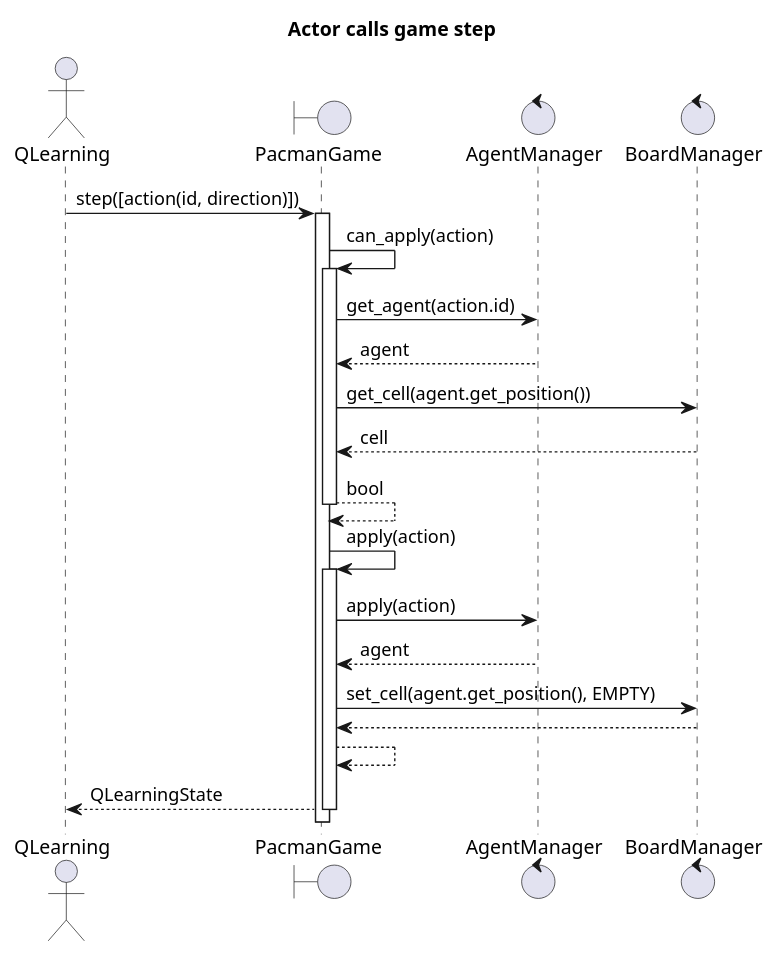
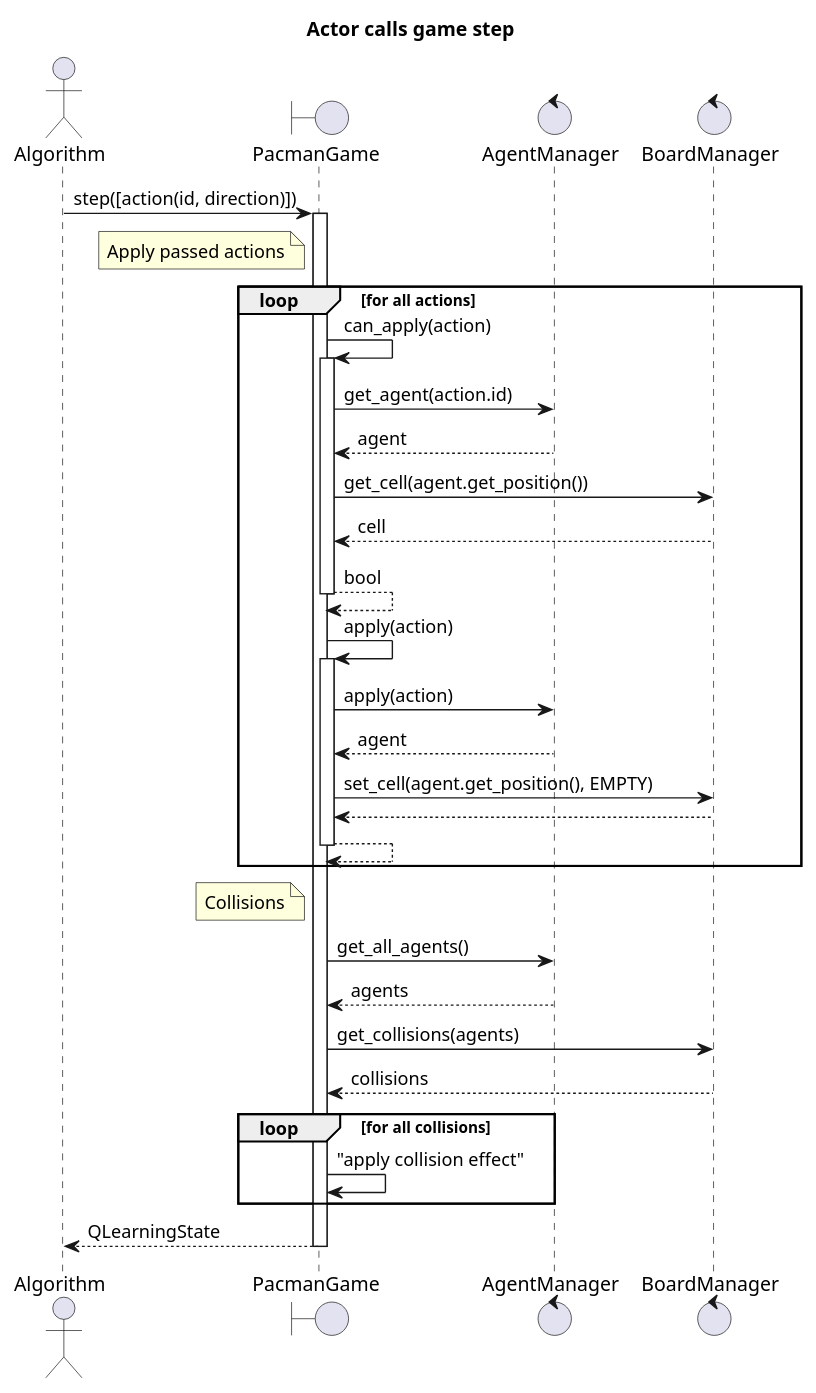
Before and after one commit to kalharko/pAIcman: the diagram in Documentation/sequence_PacmanGame_step.puml, drawn with PlantUML.

Commit message:
:memo: sequence diagram for step function

```diff
--- a/Documentation/sequence_PacmanGame_step.puml
+++ b/Documentation/sequence_PacmanGame_step.puml
@@ -1,37 +1,58 @@
 @startuml sequence_qlearning
 title "Actor calls game step"
 
-actor QLearning
+actor Algorithm
 boundary PacmanGame
 control AgentManager
 control BoardManager
 
 
-QLearning -> PacmanGame : step([action(id, direction)])
+Algorithm -> PacmanGame : step([action(id, direction)])
 activate PacmanGame
+
+note left of PacmanGame
+    Apply passed actions
+end note
+
+loop for all actions
+
 PacmanGame -> PacmanGame : can_apply(action)
 activate PacmanGame
 PacmanGame -> AgentManager : get_agent(action.id)
 PacmanGame <-- AgentManager : agent
 PacmanGame -> BoardManager : get_cell(agent.get_position())
 PacmanGame <-- BoardManager : cell
 PacmanGame --> PacmanGame : bool
 deactivate PacmanGame
 
 PacmanGame -> PacmanGame : apply(action)
 activate PacmanGame
 PacmanGame -> AgentManager : apply(action)
 PacmanGame <-- AgentManager : agent
 
 PacmanGame -> BoardManager : set_cell(agent.get_position(), EMPTY)
 PacmanGame <-- BoardManager
 
 PacmanGame --> PacmanGame
-QLearning <-- PacmanGame : QLearningState
 
 deactivate PacmanGame
 
+end
 
+note left of PacmanGame
+    Collisions
+end note
 
+PacmanGame -> AgentManager : get_all_agents()
+PacmanGame <-- AgentManager : agents
 
+PacmanGame -> BoardManager : get_collisions(agents)
+PacmanGame <-- BoardManager : collisions
+
+loop for all collisions
+    PacmanGame -> PacmanGame : "apply collision effect"
+end
+
+Algorithm <-- PacmanGame : QLearningState
+deactivate PacmanGame
 @enduml
```
